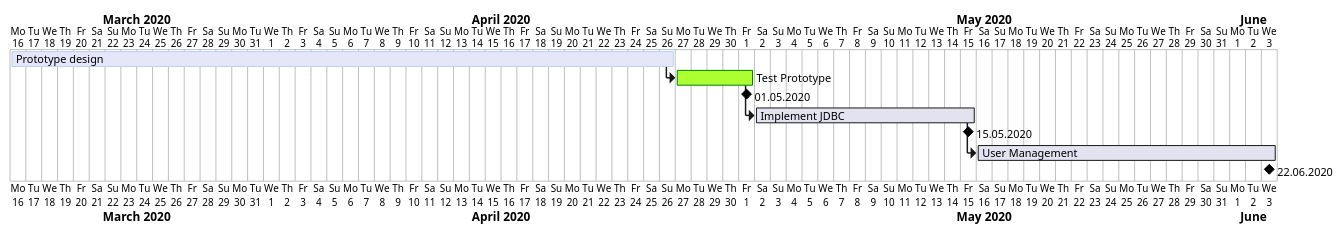
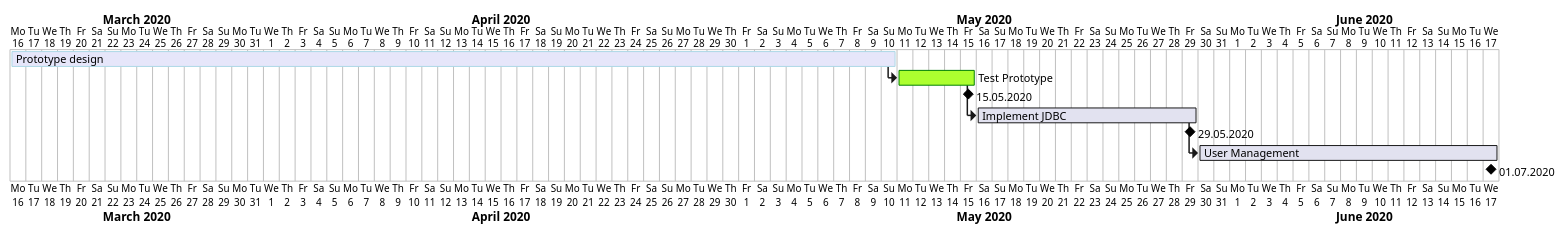
One commit to 1920-3ahif-syp/03-main-projects-with-admin-workmanager2 changed the diagram in asciidocs/gantt.adoc. Above: the diagram before and after it, drawn with PlantUML. The commit also changed 29 other files, not shown here.

Commit message:
Added ERD-Diagram

```diff
--- a/asciidocs/gantt.adoc
+++ b/asciidocs/gantt.adoc
@@ -22,21 +22,21 @@
 [plantuml,gantt,png]
 ....
 @startgantt
 Project starts the 16th of march 2020
-[Prototype design] as [Design] lasts 6 weeks
+[Prototype design] as [Design] lasts 8 weeks
 [Design] is colored in Lavender/LightBlue
 
 [Test Prototype] as [Test] lasts 5 days
 [Test] is colored in GreenYellow/Green
 [Design] -> [Test]
-[01.05.2020] happens at [Test]'s end
+[15.05.2020] happens at [Test]'s end
 
 [Implement JDBC] as [DB] lasts 2 weeks
 [Test] -> [DB]
-[15.05.2020] happens at [DB]'s end
+[29.05.2020] happens at [DB]'s end
 
 [User Management] as [User] lasts 19 days
 [DB] -> [User]
-[22.06.2020] happens at [User]'s end
+[01.07.2020] happens at [User]'s end
 @endgantt
 ....
```
